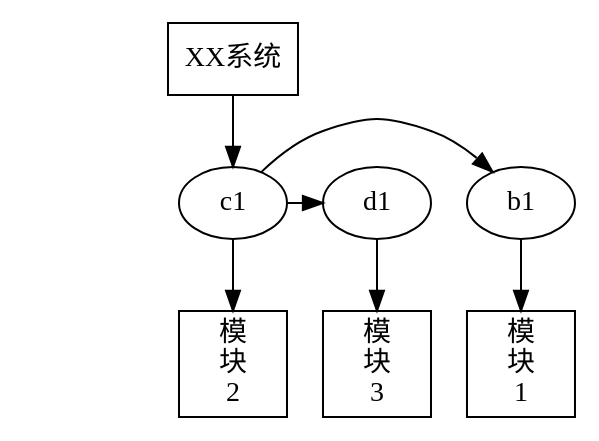
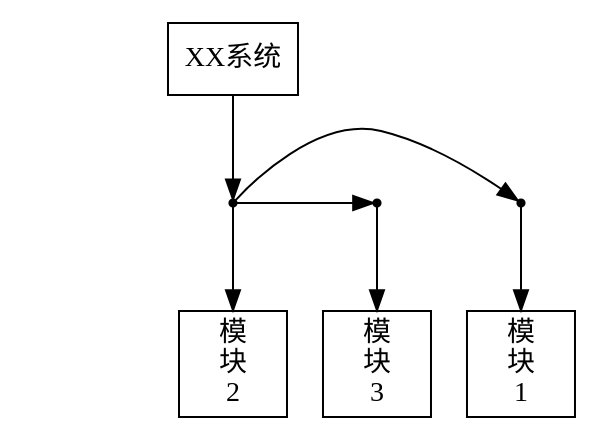
Before and after one commit to hejack0207/ast-grakn: the diagram in x.dot, drawn with Graphviz.

```diff
--- a/x.dot
+++ b/x.dot
@@ -1,12 +1,14 @@
 digraph {
-{ l1[style="invis"]; l2[style="invis"]; l3[style="invis"]; l1 -> l2[style="invis"] ; l2 -> l3[style="invis"] }
+{ node[style="invis"]; edge[style=invis]; l1; l2; l3; l1 -> l2 -> l3 }
 { rank=min;l1;a [label="XX系统",shape=box]; }
-{ rank=same; l2; b1[group="x"]; c1[group="x"]; d1;}
-{ rank=max; l3; b [label="模\n块\n1",shape=box];c[label="模\n块\n2",shape=box];d[label="模\n块\n3",shape=box] }
+{ rank=same; node[shape=point];l2; b1; c1; d1;}
+{ rank=max; l3; node[shape=box];b[label="模\n块\n1"];c[label="模\n块\n2"];d[label="模\n块\n3"] }
+edge[weight=10]
 a -> c1;
-c1 -> b1[weight=10];
+c1 -> c;
+b1 -> b;
+d1 -> d;
+edge[weight=2]
+c1 -> b1;
 c1 -> d1;
-b1 -> b;
-c1 -> c;
-d1 -> d;
 }
```
